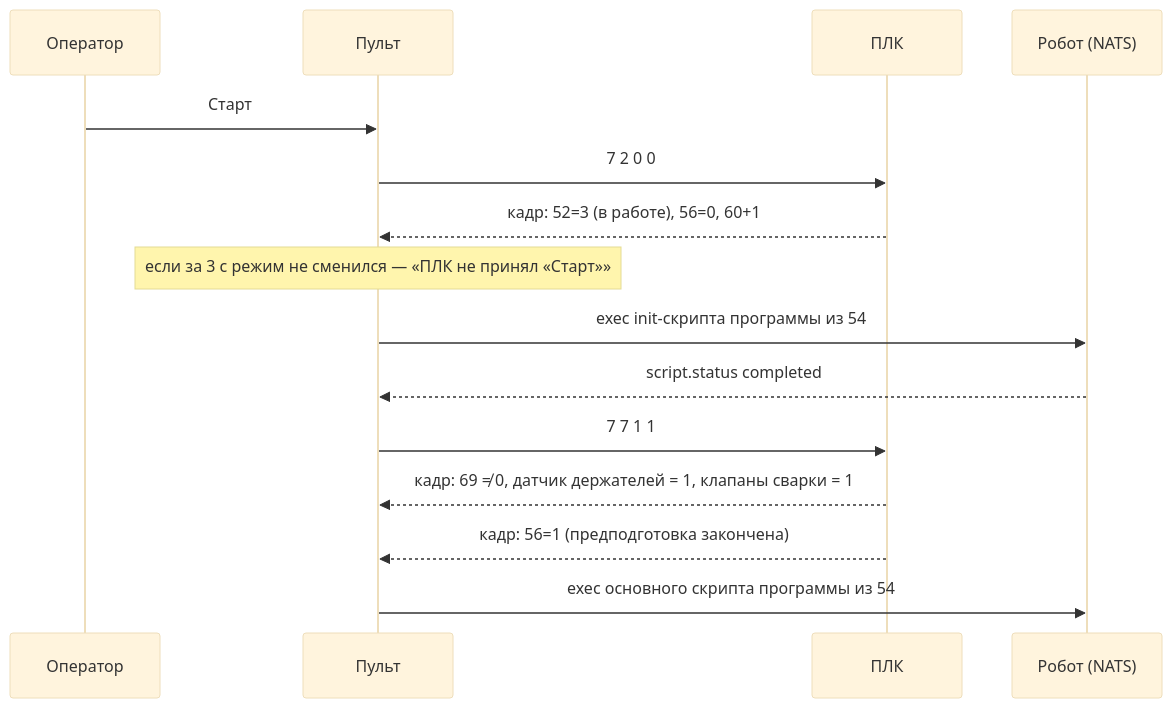
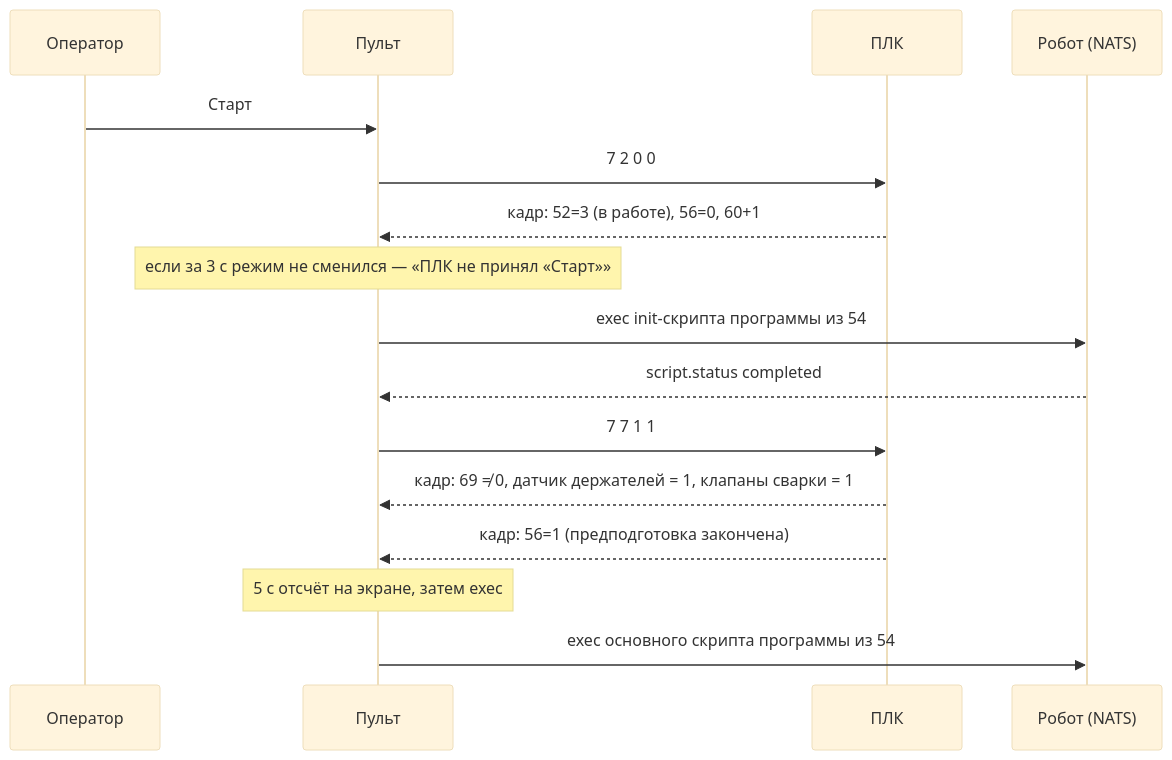
The second of 3 diagrams in docs/PLC_PROTOCOL.md (SoreGame/line-hmi-qt), drawn with Mermaid (base theme) before and after one commit. The commit also changed other lines of this file and 15 other files, not shown here.

````diff
--- a/docs/PLC_PROTOCOL.md
+++ b/docs/PLC_PROTOCOL.md
@@ -256,18 +258,19 @@
 ```mermaid
 sequenceDiagram
     participant O as Оператор
     participant H as Пульт
     participant P as ПЛК
     participant R as Робот (NATS)
 
     O->>H: Старт
     H->>P: 7 2 0 0
     P-->>H: кадр: 52=3 (в работе), 56=0, 60+1
     Note over H: если за 3 с режим не сменился — «ПЛК не принял «Старт»»
     H->>R: exec init-скрипта программы из 54
     R-->>H: script.status completed
     H->>P: 7 7 1 1
     P-->>H: кадр: 69 ≠ 0, датчик держателей = 1, клапаны сварки = 1
     P-->>H: кадр: 56=1 (предподготовка закончена)
+    Note over H: 5 с отсчёт на экране, затем exec
     H->>R: exec основного скрипта программы из 54
 ```
````
